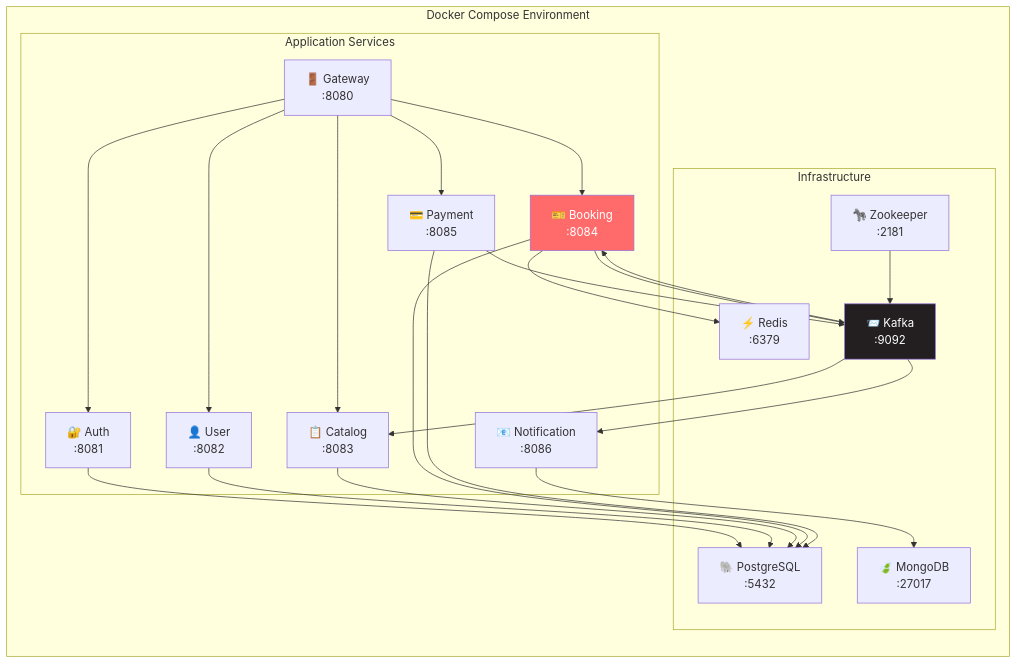
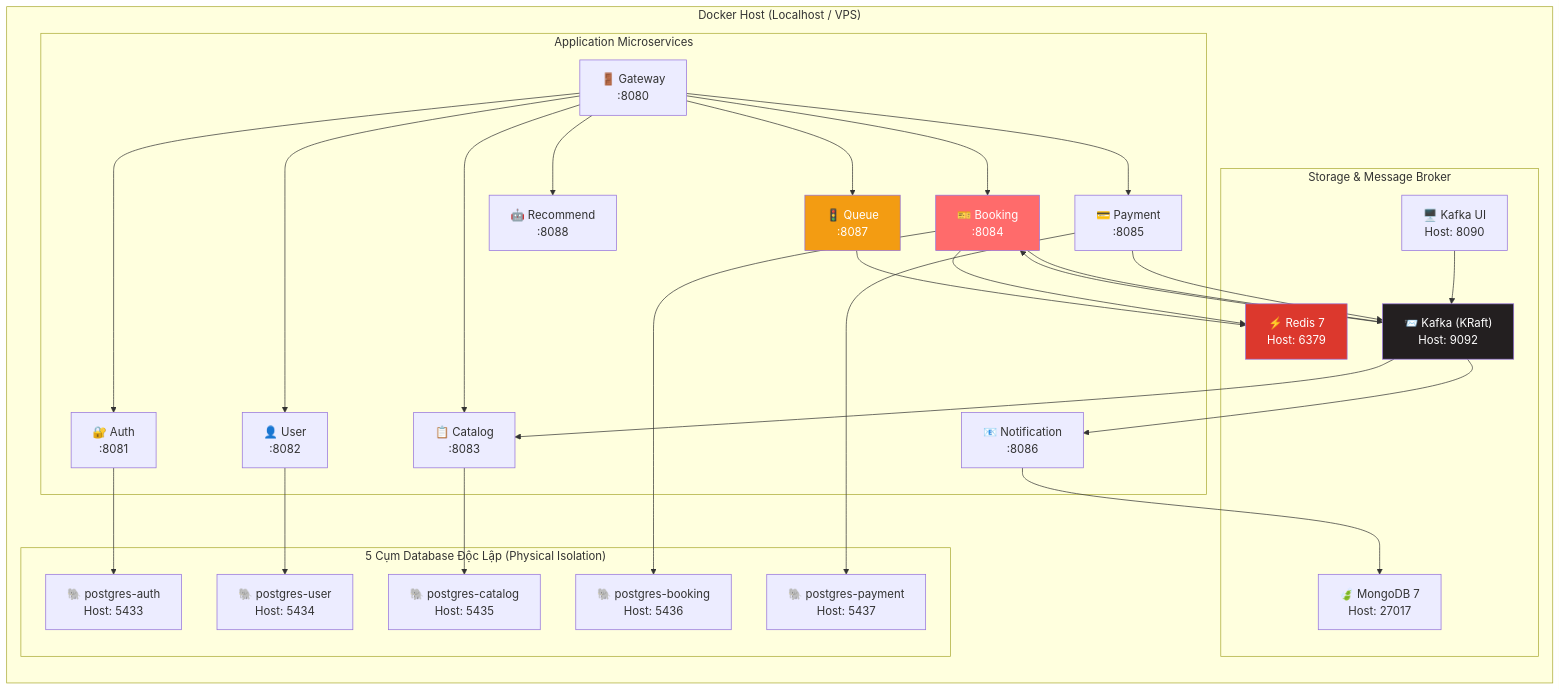
One commit to dangngockhieu/TicketBooking changed the sixth of 7 diagrams in docs/architecture-diagrams.md. Above: the diagram before and after it, drawn with Mermaid. The commit also changed other lines of this file and 9 other files, not shown here.

Commit message:
docs & infra: update docs to Java 21+ and Spring Boot 4.1.1+, add docker-compose and env template

````diff
--- a/docs/architecture-diagrams.md
+++ b/docs/architecture-diagrams.md
@@ -275,33 +315,48 @@
 ```mermaid
 flowchart LR
-    subgraph Docker["Docker Compose Environment"]
-        subgraph Infra["Infrastructure"]
-            PG["🐘 PostgreSQL<br/>:5432"]
-            MONGO["🍃 MongoDB<br/>:27017"]
-            REDIS["⚡ Redis<br/>:6379"]
-            ZK["🦓 Zookeeper<br/>:2181"]
-            KAFKA["📨 Kafka<br/>:9092"]
+    subgraph HostEnvironment["Docker Host (Localhost / VPS)"]
+        subgraph Databases["5 Cụm Database Độc Lập (Physical Isolation)"]
+            PG_A["🐘 postgres-auth<br/>Host: 5433"]
+            PG_U["🐘 postgres-user<br/>Host: 5434"]
+            PG_C["🐘 postgres-catalog<br/>Host: 5435"]
+            PG_B["🐘 postgres-booking<br/>Host: 5436"]
+            PG_P["🐘 postgres-payment<br/>Host: 5437"]
         end
 
-        subgraph Apps["Application Services"]
+        subgraph StorageQueue["Storage & Message Broker"]
+            REDIS["⚡ Redis 7<br/>Host: 6379"]
+            MONGO["🍃 MongoDB 7<br/>Host: 27017"]
+            KAFKA["📨 Kafka (KRaft)<br/>Host: 9092"]
+            KAFKA_UI["🖥️ Kafka UI<br/>Host: 8090"]
+        end
+
+        subgraph ApplicationServices["Application Microservices"]
             GW["🚪 Gateway<br/>:8080"]
-            A["🔐 Auth<br/>:8081"]
-            U["👤 User<br/>:8082"]
-            C["📋 Catalog<br/>:8083"]
-            B["🎫 Booking<br/>:8084"]
-            P["💳 Payment<br/>:8085"]
-            N["📧 Notification<br/>:8086"]
+            AUTH["🔐 Auth<br/>:8081"]
+            USER["👤 User<br/>:8082"]
+            CATALOG["📋 Catalog<br/>:8083"]
+            BOOKING["🎫 Booking<br/>:8084"]
+            PAYMENT["💳 Payment<br/>:8085"]
+            NOTIF["📧 Notification<br/>:8086"]
+            QUEUE["🚦 Queue<br/>:8087"]
+            REC["🤖 Recommend<br/>:8088"]
         end
     end
 
-    GW --> A & U & C & B & P
-    A & U & C & B & P --> PG
-    B --> REDIS
-    N --> MONGO
-    P & B --> KAFKA
-    KAFKA --> B & C & N
-    ZK --> KAFKA
+    GW --> AUTH & USER & CATALOG & BOOKING & PAYMENT & QUEUE & REC
+    AUTH --> PG_A
+    USER --> PG_U
+    CATALOG --> PG_C
+    BOOKING --> PG_B & REDIS
+    PAYMENT --> PG_P
+    QUEUE --> REDIS
+    NOTIF --> MONGO
+    PAYMENT & BOOKING --> KAFKA
+    KAFKA --> BOOKING & CATALOG & NOTIF
+    KAFKA_UI --> KAFKA
 
-    style B fill:#ff6b6b,color:#fff
+    style BOOKING fill:#ff6b6b,color:#fff
+    style QUEUE fill:#f39c12,color:#fff
     style KAFKA fill:#231f20,color:#fff
+    style REDIS fill:#dc382d,color:#fff
 ```
````
